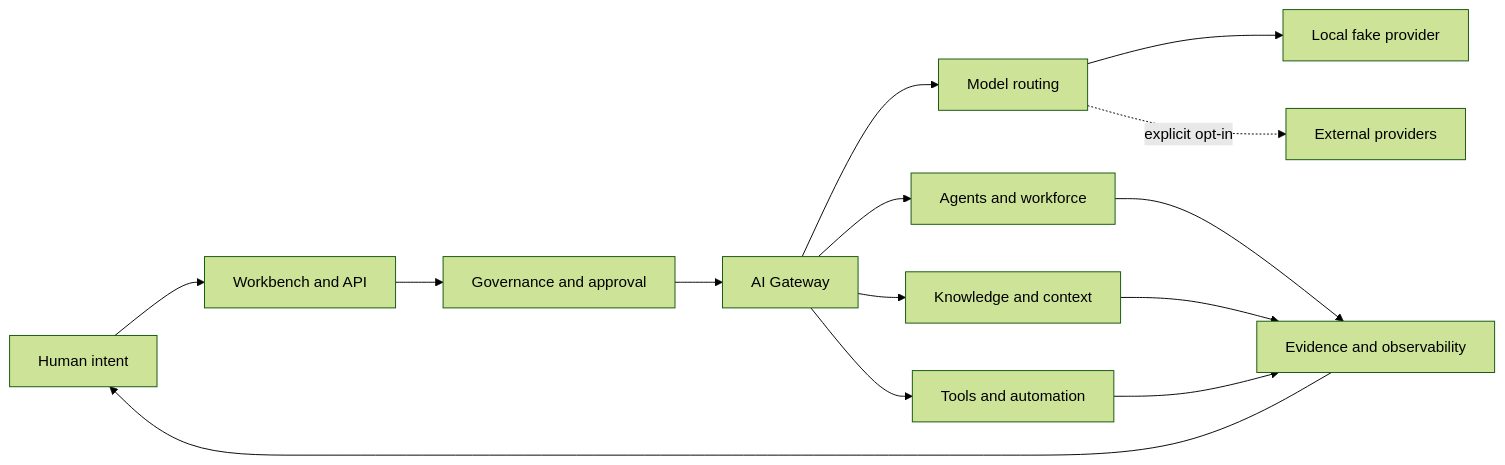
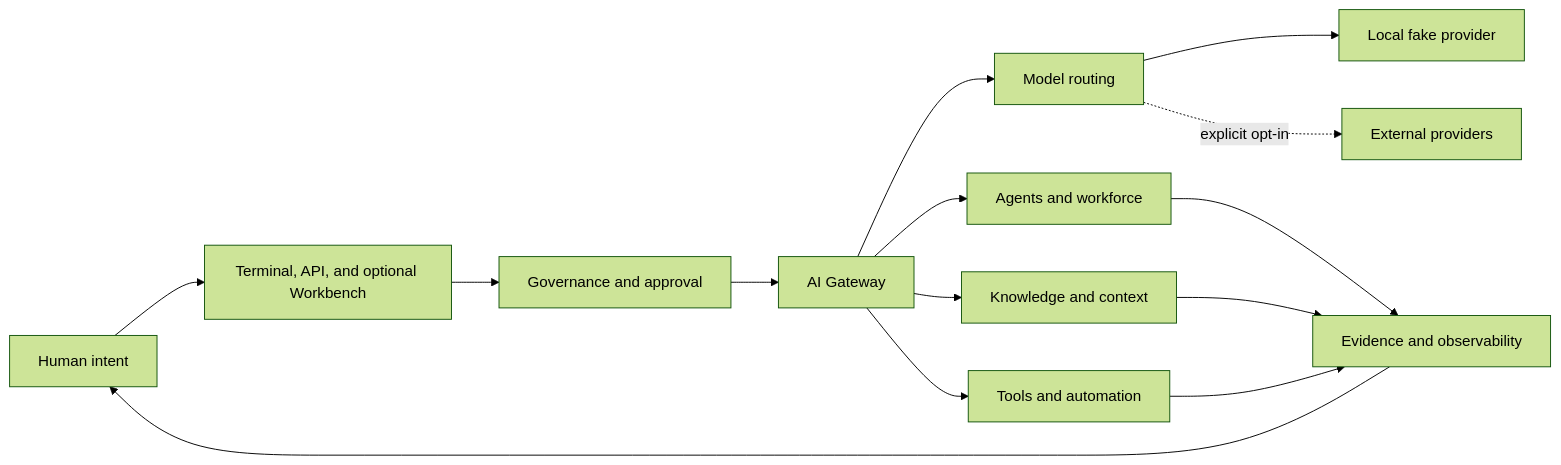
Before and after one commit to happy520ai/unified-ai-system: the diagram in README.md, drawn with Mermaid (forest theme). The commit also changed other lines of this file and 7 other files, not shown here.

````diff
--- a/README.md
+++ b/README.md
@@ -113,16 +144,16 @@
 ```mermaid
 flowchart LR
-    H["Human intent"] --> W["Workbench and API"]
+    H["Human intent"] --> W["Terminal, API, and optional Workbench"]
     W --> G["Governance and approval"]
     G --> R["AI Gateway"]
     R --> M["Model routing"]
     R --> A["Agents and workforce"]
     R --> K["Knowledge and context"]
     R --> T["Tools and automation"]
     M --> L["Local fake provider"]
     M -. "explicit opt-in" .-> P["External providers"]
     A --> E["Evidence and observability"]
     K --> E
     T --> E
     E --> H
 ```
````
